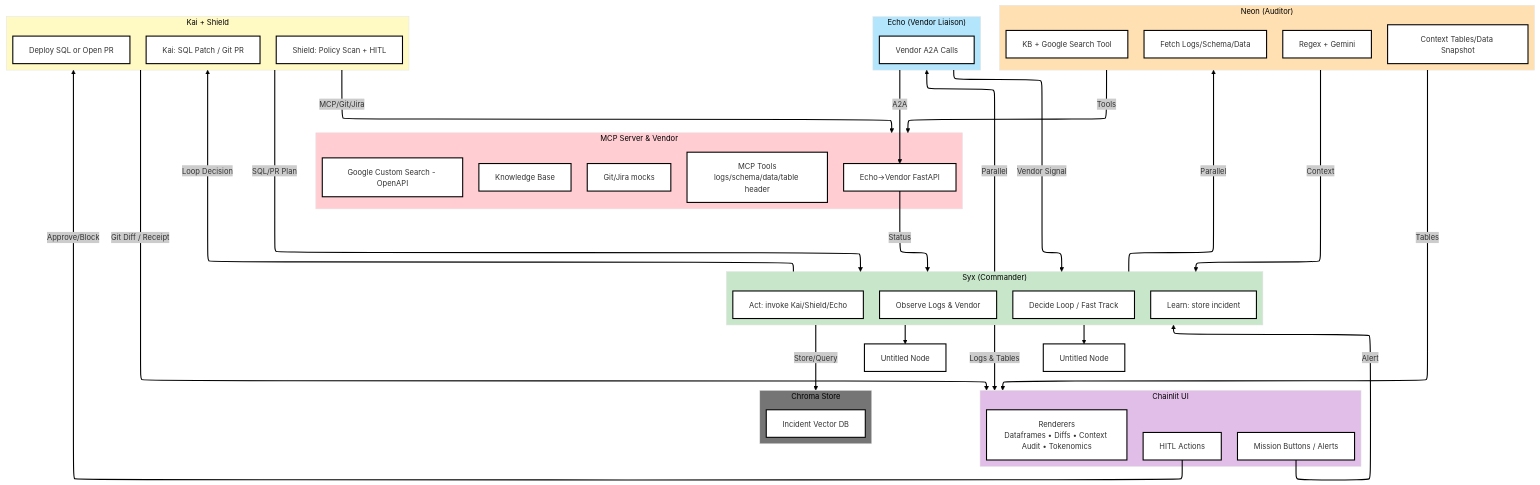
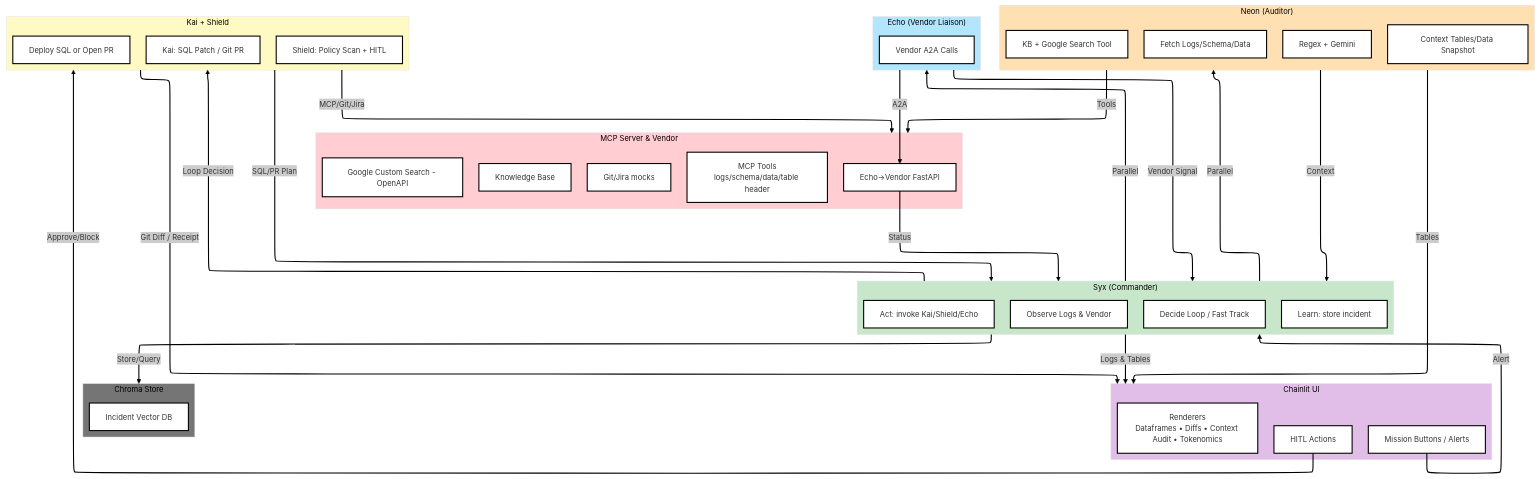
One commit to syedhope/dart changed the first of 3 diagrams in README.md. Above: the diagram before and after it, drawn with Mermaid. The commit also changed other lines of this file, not shown here.

````diff
--- a/README.md
+++ b/README.md
@@ -156,66 +173,65 @@
 ```mermaid
 ---
 config:
   layout: elk
   theme: neo
 ---
 flowchart TB
  subgraph UI["Chainlit UI"]
         A["Mission Buttons / Alerts"]
         B["Renderers<br>Dataframes • Diffs • Context Audit • Tokenomics"]
         C["HITL Actions"]
   end
  subgraph Control["Syx (Commander)"]
         S1["Observe Logs & Vendor"]
         S2["Decide Loop / Fast Track"]
         S3["Act: invoke Kai/Shield/Echo"]
         S4["Learn: store incident"]
   end
  subgraph Evidence["Neon (Auditor)"]
         N1["Fetch Logs/Schema/Data"]
         N2["Regex + Gemini"]
         N3["KB + Google Search Tool"]
         N4["Context Tables/Data Snapshot"]
   end
  subgraph EchoAgent["Echo (Vendor Liaison)"]
         E1["Vendor A2A Calls"]
   end
  subgraph Remediation["Kai + Shield"]
         K1["Kai: SQL Patch / Git PR"]
         K2["Shield: Policy Scan + HITL"]
         K3["Deploy SQL or Open PR"]
   end
  subgraph Infra["MCP Server & Vendor"]
         M1["MCP Tools<br>logs/schema/data/table header"]
         M2["Git/Jira mocks"]
         M3["Knowledge Base"]
         M4["Google Custom Search - OpenAPI"]
         V1["Echo→Vendor FastAPI"]
   end
  subgraph Memory["Chroma Store"]
         R1["Incident Vector DB"]
   end
     A -- Alert --> Control
     Control -- Parallel --> Evidence & EchoAgent
     Evidence -- Context --> Control
     EchoAgent -- Vendor Signal --> Control
     Control -- Loop Decision --> Remediation
     Remediation -- SQL/PR Plan --> Control
     C -- Approve/Block --> Remediation
     Control -- Logs & Tables --> UI
     Evidence -- Tables --> UI
     Remediation -- Git Diff / Receipt --> UI
     Control -- Store/Query --> Memory
     Evidence -- Tools --> Infra
     Remediation -- MCP/Git/Jira --> Infra
     EchoAgent -- A2A --> V1
     V1 -- Status --> Control
-    Control --> n1["Untitled Node"] & n2["Untitled Node"]
     style Control fill:#C8E6C9
     style Evidence fill:#FFE0B2
     style EchoAgent fill:#B3E5FC
     style Remediation fill:#FFF9C4
     style UI fill:#E1BEE7
     style Memory fill:#757575
     style Infra fill:#FFCDD2
 ```
````
